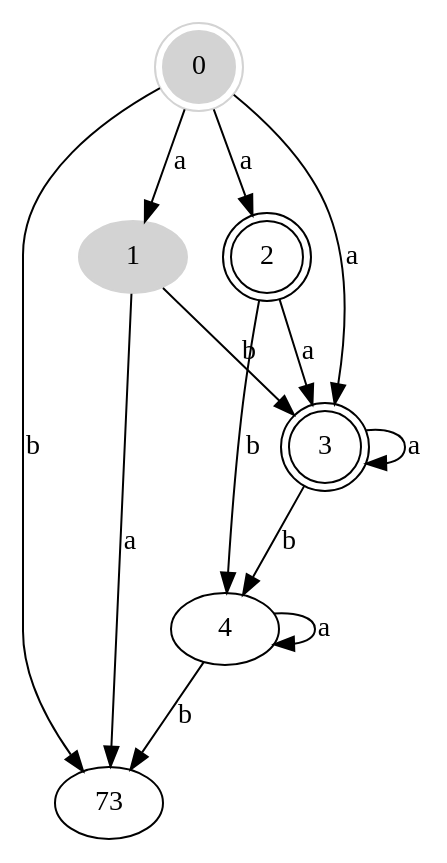
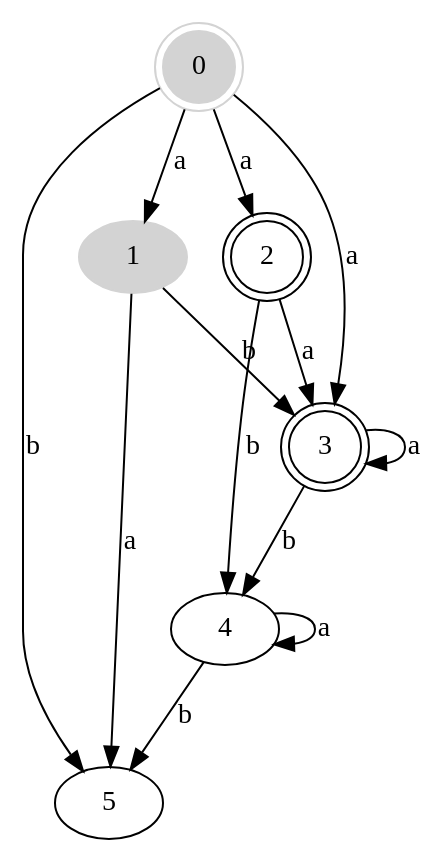
Before and after one commit to Yufei6/Automate: the diagram in build/diagramme3.dot, drawn with Graphviz. The commit also changed 7 other files, not shown here.

```diff
--- a/build/diagramme3.dot
+++ b/build/diagramme3.dot
@@ -1,31 +1,31 @@
 digraph automaton {
 size = "8.5, 11";
 fontsize = 10;
 0[ style = filled, color=lightgrey ];
 1[ style = filled, color=lightgrey ];
 0[ shape = doublecircle ];
 2[ shape = doublecircle ];
 3[ shape = doublecircle ];
 0->1 [ label = "a" ]; 
 0->2 [ label = "a" ]; 
 0->3 [ label = "a" ]; 
 
-0->73 [ label = "b" ]; 
+0->5 [ label = "b" ]; 
 
-1->73 [ label = "a" ]; 
+1->5 [ label = "a" ]; 
 
 1->3 [ label = "b" ]; 
 
 2->3 [ label = "a" ]; 
 
 2->4 [ label = "b" ]; 
 
 3->3 [ label = "a" ]; 
 
 3->4 [ label = "b" ]; 
 
 4->4 [ label = "a" ]; 
 
-4->73 [ label = "b" ]; 
+4->5 [ label = "b" ]; 
 
 }
```
